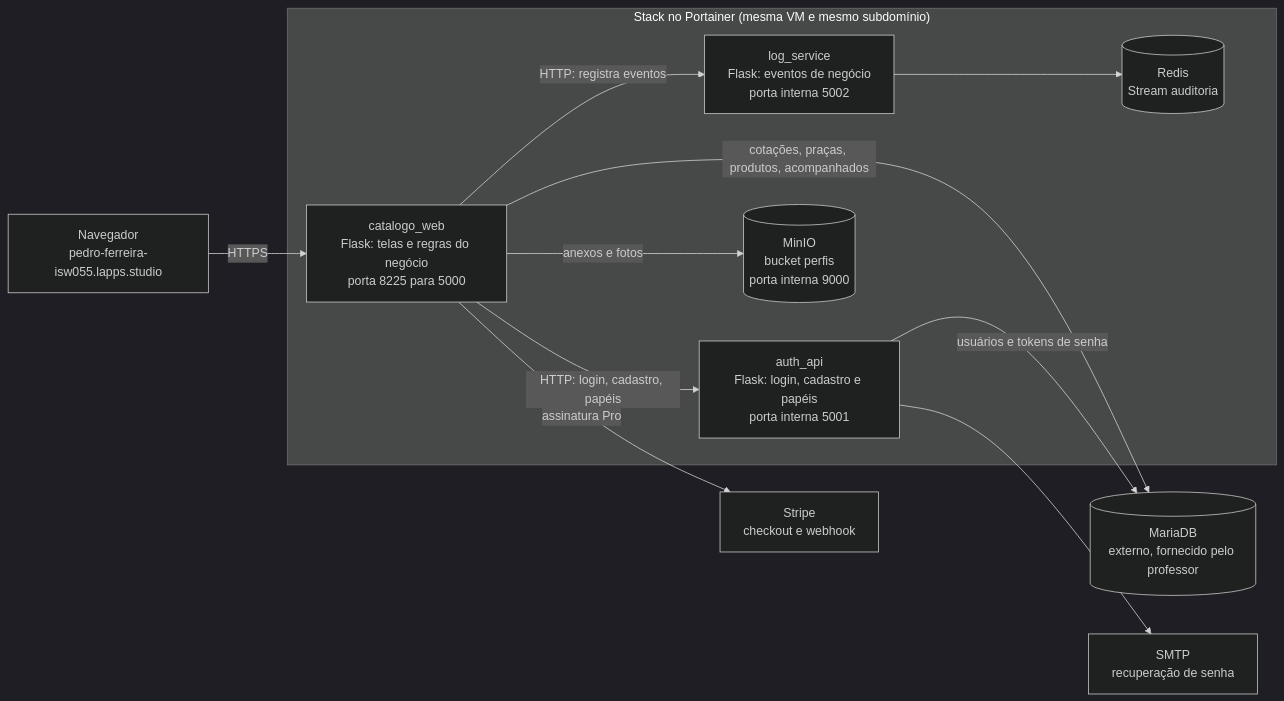
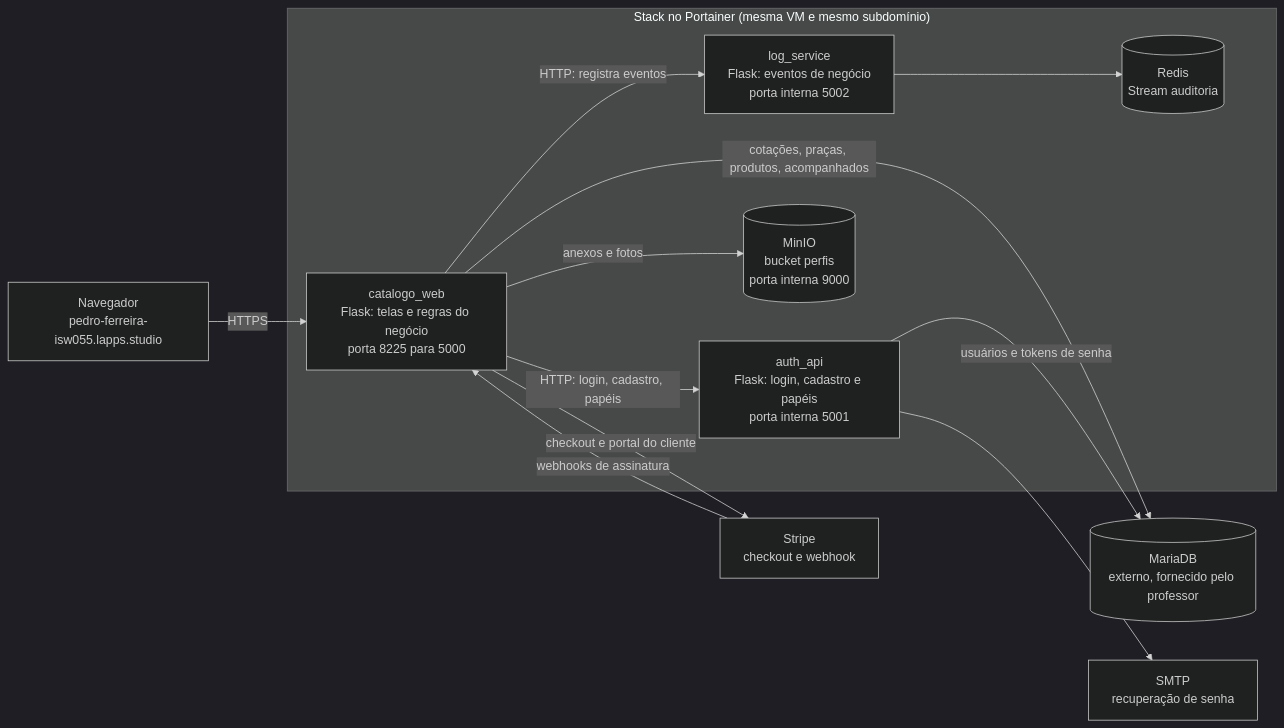
One commit to PedroBarbosa42/Cotacoes-do-agro changed the diagram in README.md. Above: the diagram before and after it, drawn with Mermaid (dark theme). The commit also changed other lines of this file and 1 other file, not shown here.

````diff
--- a/README.md
+++ b/README.md
@@ -100,25 +122,26 @@
 ```mermaid
 flowchart LR
     U["Navegador<br/>pedro-ferreira-isw055.lapps.studio"] -->|HTTPS| W
 
     subgraph STACK["Stack no Portainer (mesma VM e mesmo subdomínio)"]
         W["catalogo_web<br/>Flask: telas e regras do negócio<br/>porta 8225 para 5000"]
         A["auth_api<br/>Flask: login, cadastro e papéis<br/>porta interna 5001"]
         L["log_service<br/>Flask: eventos de negócio<br/>porta interna 5002"]
         R[("Redis<br/>Stream auditoria")]
         M[("MinIO<br/>bucket perfis<br/>porta interna 9000")]
     end
 
     DB[("MariaDB<br/>externo, fornecido pelo professor")]
     S["Stripe<br/>checkout e webhook"]
     E["SMTP<br/>recuperação de senha"]
 
     W -->|"HTTP: login, cadastro, papéis"| A
     W -->|"HTTP: registra eventos"| L
     L --> R
     W -->|"anexos e fotos"| M
     W -->|"cotações, praças, produtos, acompanhados"| DB
     A -->|"usuários e tokens de senha"| DB
     A --> E
-    W -->|"assinatura Pro"| S
+    W -->|"checkout e portal do cliente"| S
+    S -->|"webhooks de assinatura"| W
 ```
````
